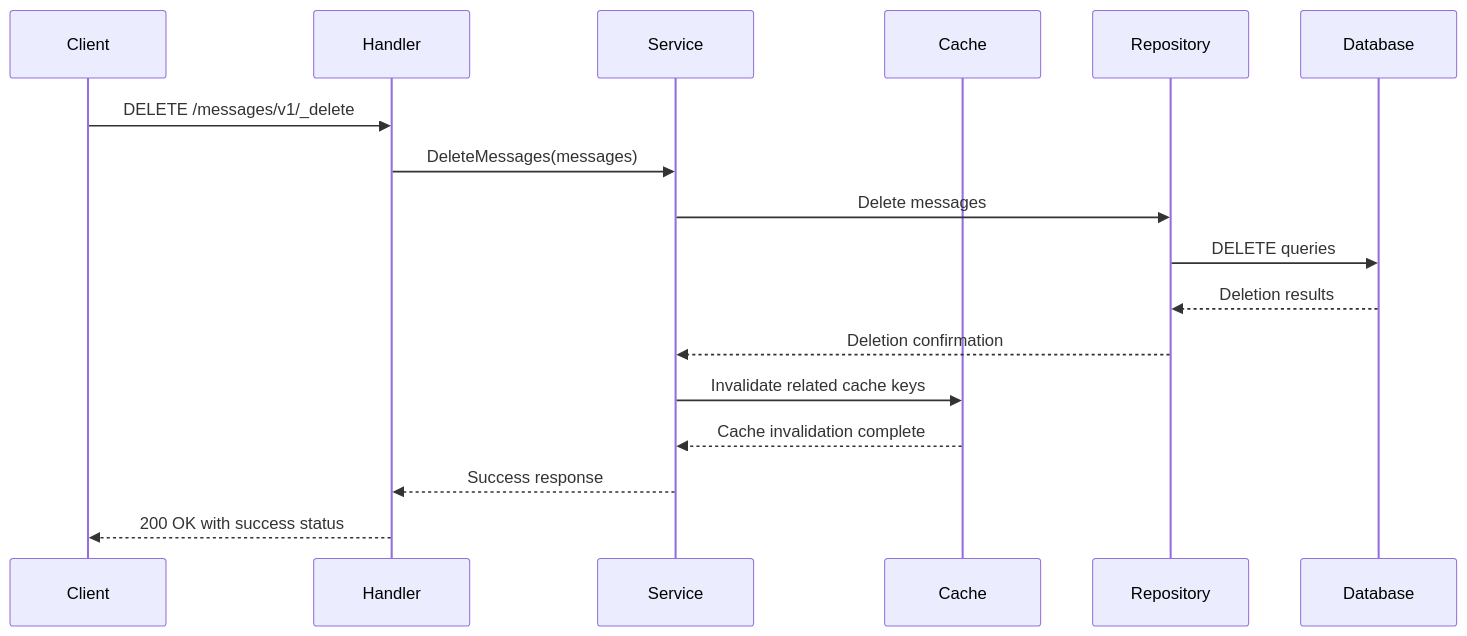
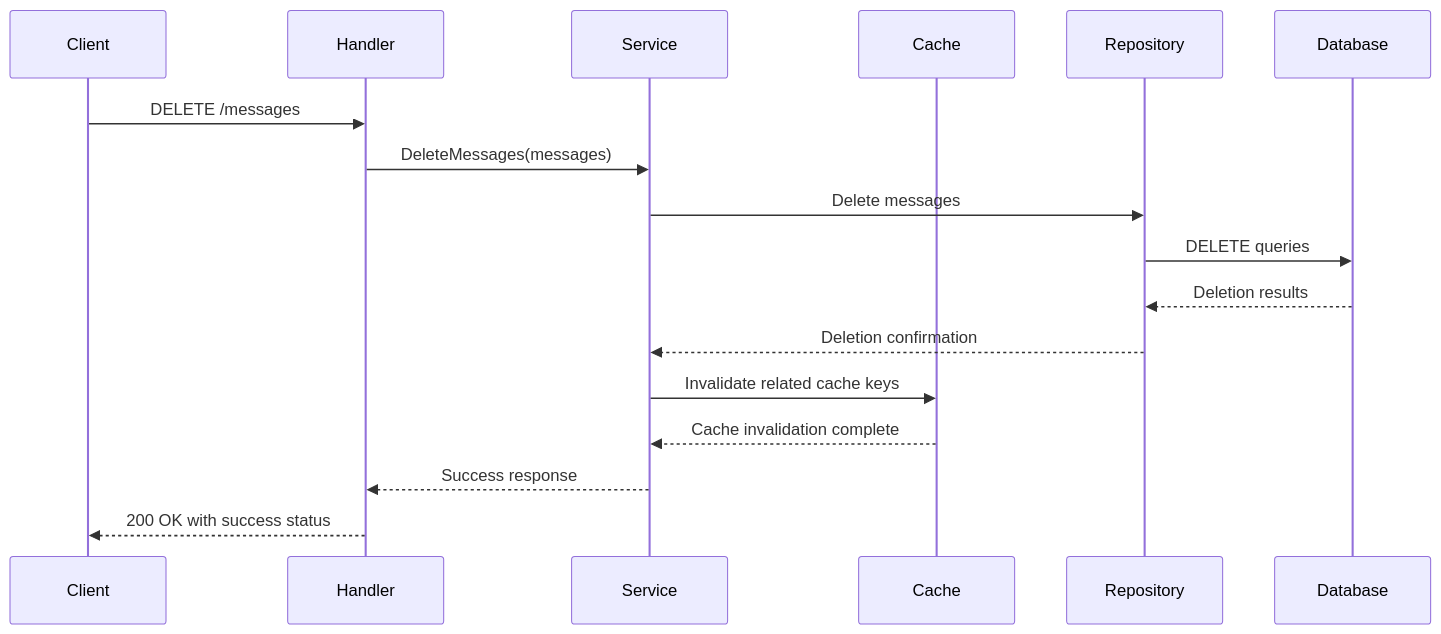
The fifth of 7 diagrams in code/services/localisationgo/README.md (anishEgov/digit3), drawn with Mermaid before and after one commit. The commit also changed other lines of this file, not shown here.

````diff
--- a/code/services/localisationgo/README.md
+++ b/code/services/localisationgo/README.md
@@ -441,23 +476,23 @@
 ```mermaid
 sequenceDiagram
     participant Client
     participant Handler
     participant Service
     participant Cache
     participant Repository
     participant Database
 
-    Client->>Handler: DELETE /messages/v1/_delete
+    Client->>Handler: DELETE /messages
     Handler->>Service: DeleteMessages(messages)
     
     Service->>Repository: Delete messages
     Repository->>Database: DELETE queries
     Database-->>Repository: Deletion results
     Repository-->>Service: Deletion confirmation
     
     Service->>Cache: Invalidate related cache keys
     Cache-->>Service: Cache invalidation complete
     
     Service-->>Handler: Success response
     Handler-->>Client: 200 OK with success status
 ```
````
